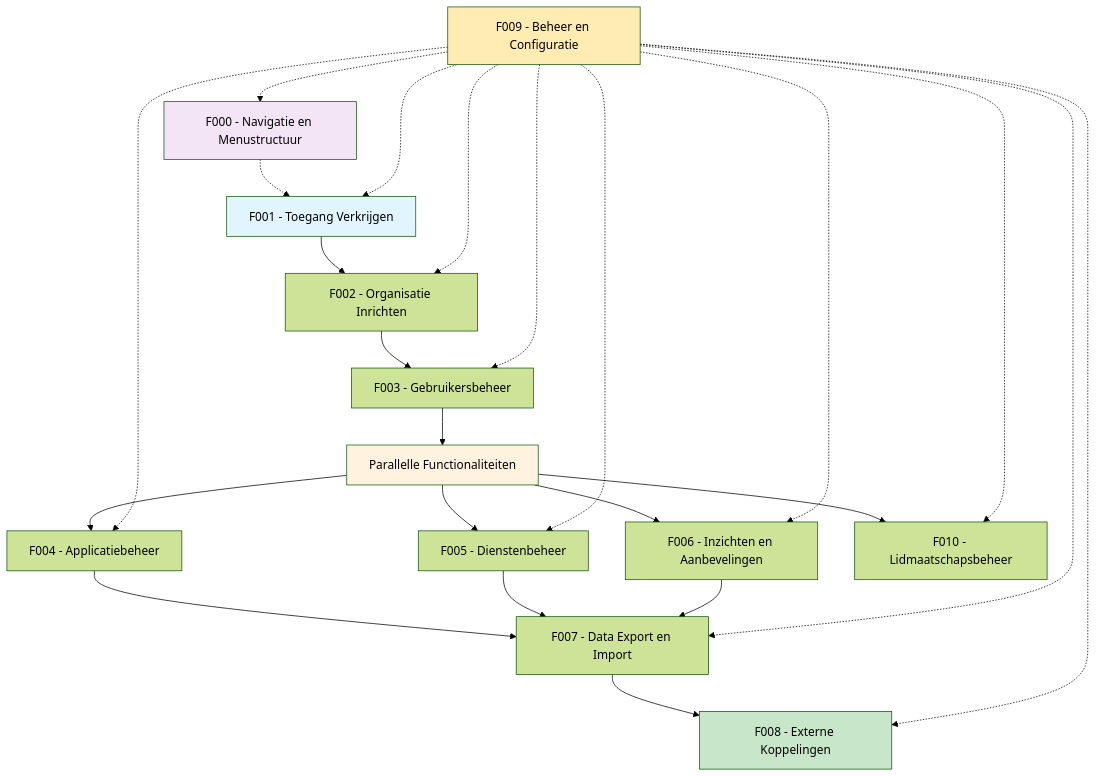
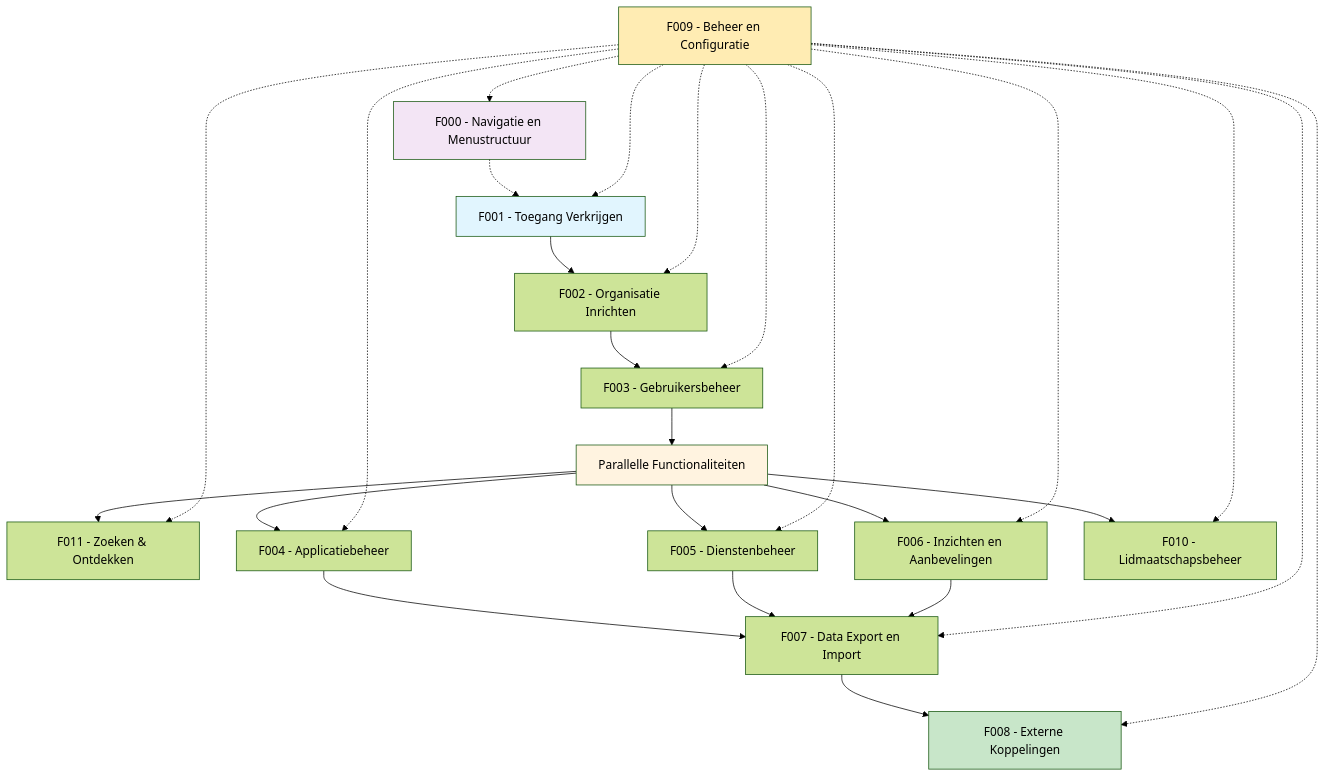
One commit to VNG-Realisatie/Softwarecatalogus changed the diagram in website/docs/Functionaliteiten/index.md. Above: the diagram before and after it, drawn with Mermaid (forest theme). The commit also changed other lines of this file and 4 other files, not shown here.

````diff
--- a/website/docs/Functionaliteiten/index.md
+++ b/website/docs/Functionaliteiten/index.md
@@ -35,37 +36,39 @@
 ```mermaid
 flowchart TD
     F000[F000 - Navigatie en Menustructuur]
     F000 -.-> F001[F001 - Toegang Verkrijgen]
     F001 --> F002[F002 - Organisatie Inrichten]
     F002 --> F003[F003 - Gebruikersbeheer]
     
     F003 --> PARALLEL[Parallelle Functionaliteiten]
+    PARALLEL --> F011[F011 - Zoeken & Ontdekken]
     PARALLEL --> F004[F004 - Applicatiebeheer]
     PARALLEL --> F005[F005 - Dienstenbeheer]
     PARALLEL --> F006[F006 - Inzichten en Aanbevelingen]
     PARALLEL --> F010[F010 - Lidmaatschapsbeheer]
     
     F004 --> F007[F007 - Data Export en Import]
     F005 --> F007
     F006 --> F007
     
     F007 --> F008[F008 - Externe Koppelingen]
     
     F009[F009 - Beheer en Configuratie]
     F009 -.-> F000
     F009 -.-> F001
     F009 -.-> F002
     F009 -.-> F003
     F009 -.-> F004
     F009 -.-> F005
     F009 -.-> F006
     F009 -.-> F007
     F009 -.-> F008
     F009 -.-> F010
+    F009 -.-> F011
     
     style F000 fill:#f3e5f5
     style F001 fill:#e1f5fe
     style F008 fill:#c8e6c9
     style F009 fill:#ffecb3
     style PARALLEL fill:#fff3e0
 ```
````
